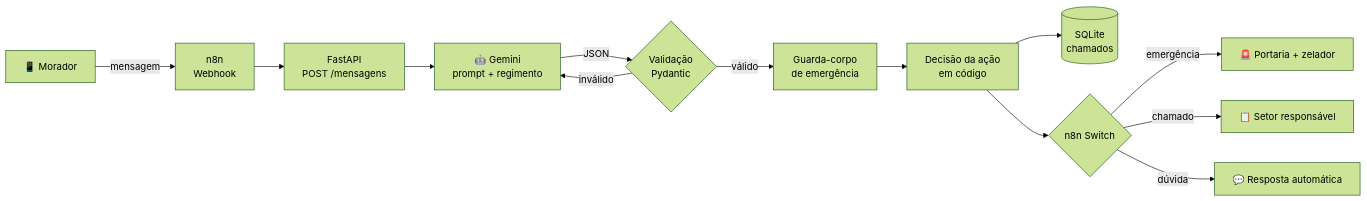
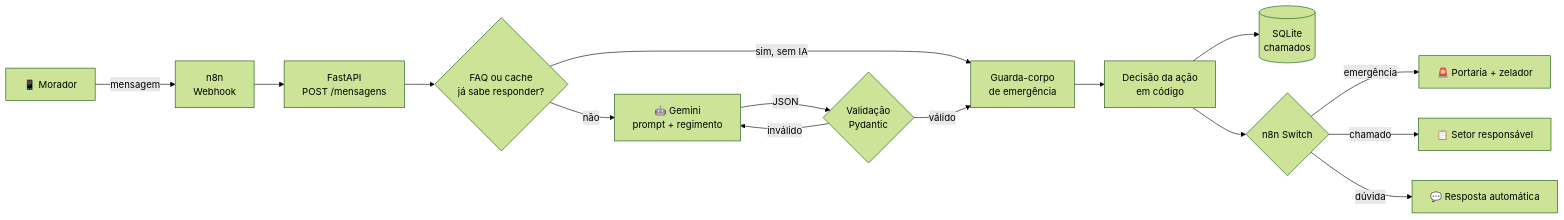
Before and after one commit to Gabrielsvdata/sindico-ia: the diagram in README.md, drawn with Mermaid (forest theme). The commit also changed other lines of this file and 9 other files, not shown here.

First line of the commit message:
Responde dúvidas frequentes sem chamar a IA (FAQ + cache)

````diff
--- a/README.md
+++ b/README.md
@@ -29,15 +29,17 @@
 ```mermaid
 flowchart LR
     M[📱 Morador] -->|mensagem| W[n8n<br/>Webhook]
     W --> API[FastAPI<br/>POST /mensagens]
-    API --> IA[🤖 Gemini<br/>prompt + regimento]
+    API --> F{FAQ ou cache<br/>já sabe responder?}
+    F -->|sim, sem IA| G
+    F -->|não| IA[🤖 Gemini<br/>prompt + regimento]
     IA -->|JSON| V{Validação<br/>Pydantic}
     V -->|inválido| IA
     V -->|válido| G[Guarda-corpo<br/>de emergência]
     G --> D[Decisão da ação<br/>em código]
     D --> DB[(SQLite<br/>chamados)]
     D --> S{n8n Switch}
     S -->|emergência| E[🚨 Portaria + zelador]
     S -->|chamado| C[📋 Setor responsável]
     S -->|dúvida| R[💬 Resposta automática]
 ```
````
